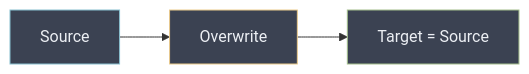
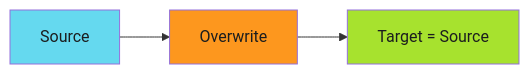
Before and after one commit to adaptive-enforcement-lab/adaptive-enforcement-lab-com: the diagram in docs/operator-manual/engineering-patterns/idempotency/patterns/force-overwrite.md, drawn with Mermaid. The commit also changed 5 other files, not shown here.

First line of the commit message:
Apply Ghostty Hardcore theme to all mermaid charts

````diff
--- a/docs/operator-manual/engineering-patterns/idempotency/patterns/force-overwrite.md
+++ b/docs/operator-manual/engineering-patterns/idempotency/patterns/force-overwrite.md
@@ -23,9 +23,9 @@
 ```mermaid
 flowchart LR
     A[Source] --> B[Overwrite]
     B --> C[Target = Source]
 
-    style A fill:#3b4252,stroke:#88c0d0,color:#eceff4
-    style B fill:#3b4252,stroke:#ebcb8b,color:#eceff4
-    style C fill:#3b4252,stroke:#a3be8c,color:#eceff4
+    style A fill:#65d9ef,color:#1b1d1e
+    style B fill:#fd971e,color:#1b1d1e
+    style C fill:#a7e22e,color:#1b1d1e
 ```
````
